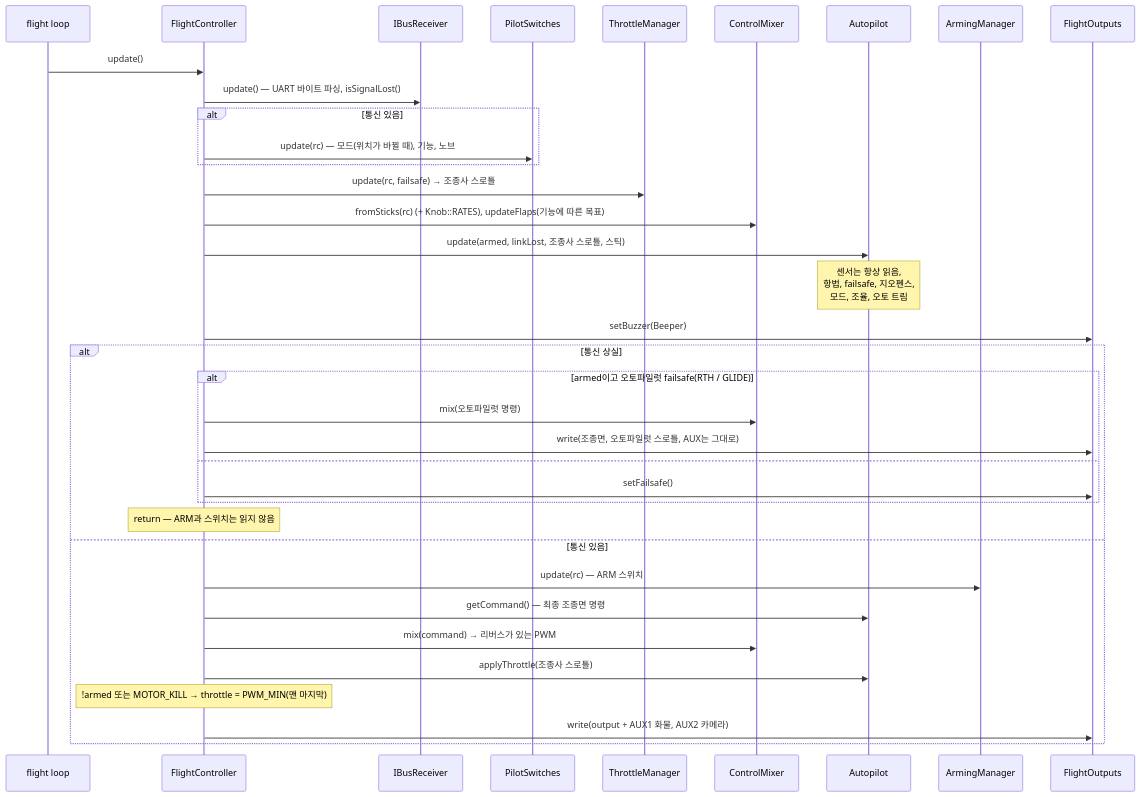
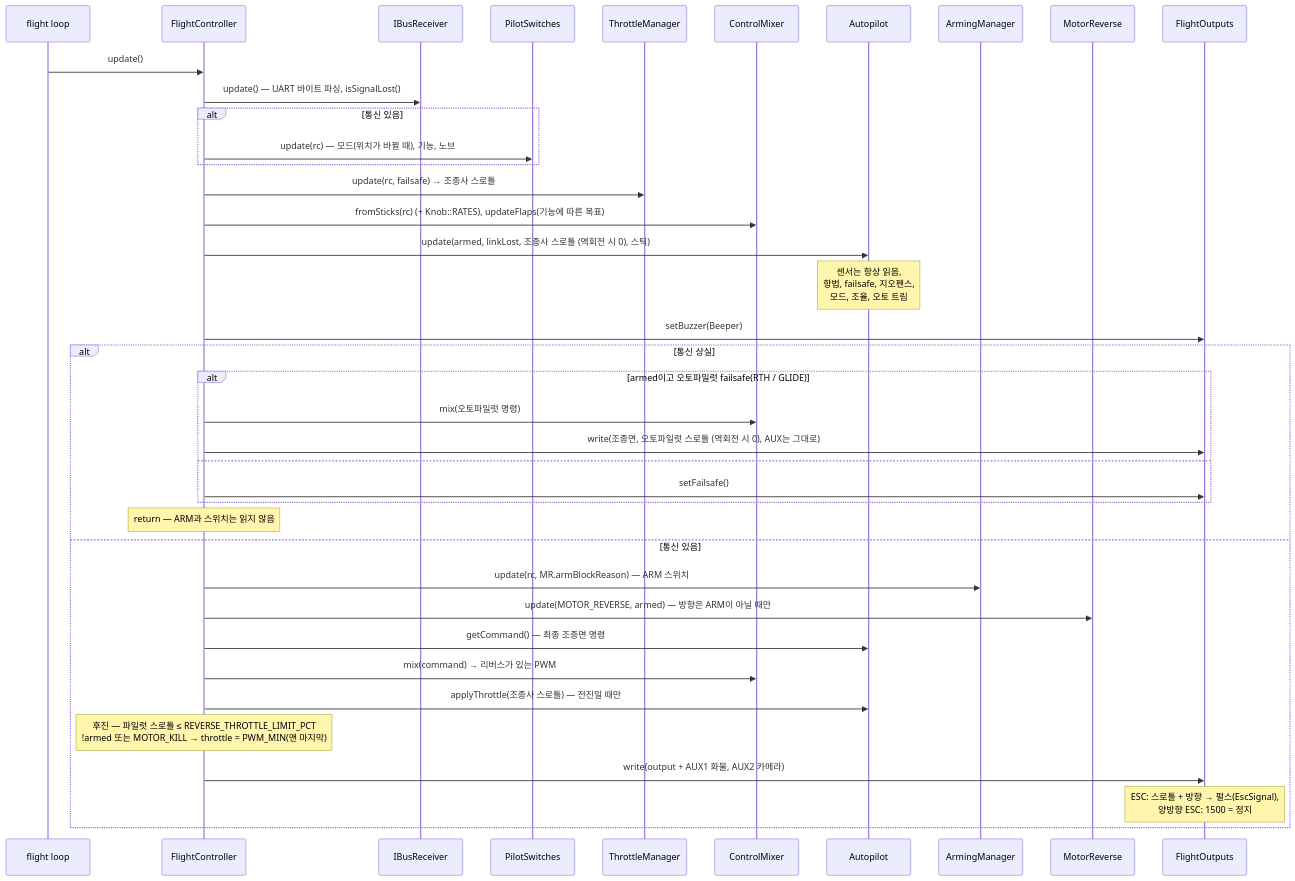
The sixth of 11 diagrams in docs/i18n/ko/ARCHITECTURE.md (damir-lebedev/OpenPlaneProject), drawn with Mermaid before and after one commit. The commit also changed other lines of this file and 166 other files, not shown here.

First line of the commit message:
Make the bidirectional BLHeli 80A ESC the main one, with a disarm-only motor reverse

````diff
--- a/docs/i18n/ko/ARCHITECTURE.md
+++ b/docs/i18n/ko/ARCHITECTURE.md
@@ -355,39 +355,42 @@
 ```mermaid
 sequenceDiagram
     participant L as flight loop
     participant FC as FlightController
     participant RX as IBusReceiver
     participant SW as PilotSwitches
     participant TM as ThrottleManager
     participant MX as ControlMixer
     participant AP as Autopilot
     participant AM as ArmingManager
+    participant MR as MotorReverse
     participant OUT as FlightOutputs
 
     L->>FC: update()
     FC->>RX: update() — UART 바이트 파싱, isSignalLost()
     alt 통신 있음
         FC->>SW: update(rc) — 모드(위치가 바뀔 때), 기능, 노브
     end
     FC->>TM: update(rc, failsafe) → 조종사 스로틀
     FC->>MX: fromSticks(rc) (+ Knob::RATES), updateFlaps(기능에 따른 목표)
-    FC->>AP: update(armed, linkLost, 조종사 스로틀, 스틱)
+    FC->>AP: update(armed, linkLost, 조종사 스로틀 (역회전 시 0), 스틱)
     Note over AP: 센서는 항상 읽음,<br/>항법, failsafe, 지오펜스,<br/>모드, 조율, 오토 트림
     FC->>OUT: setBuzzer(Beeper)
     alt 통신 상실
         alt armed이고 오토파일럿 failsafe(RTH / GLIDE)
             FC->>MX: mix(오토파일럿 명령)
-            FC->>OUT: write(조종면, 오토파일럿 스로틀, AUX는 그대로)
+            FC->>OUT: write(조종면, 오토파일럿 스로틀 (역회전 시 0), AUX는 그대로)
         else
             FC->>OUT: setFailsafe()
         end
         Note over FC: return — ARM과 스위치는 읽지 않음
     else 통신 있음
-        FC->>AM: update(rc) — ARM 스위치
+        FC->>AM: update(rc, MR.armBlockReason) — ARM 스위치
+        FC->>MR: update(MOTOR_REVERSE, armed) — 방향은 ARM이 아닐 때만
         FC->>AP: getCommand() — 최종 조종면 명령
         FC->>MX: mix(command) → 리버스가 있는 PWM
-        FC->>AP: applyThrottle(조종사 스로틀)
-        Note over FC: !armed 또는 MOTOR_KILL → throttle = PWM_MIN(맨 마지막)
+        FC->>AP: applyThrottle(조종사 스로틀) — 전진일 때만
+        Note over FC: 후진 — 파일럿 스로틀 ≤ REVERSE_THROTTLE_LIMIT_PCT<br/>!armed 또는 MOTOR_KILL → throttle = PWM_MIN(맨 마지막)
         FC->>OUT: write(output + AUX1 화물, AUX2 카메라)
+        Note over OUT: ESC: 스로틀 + 방향 → 펄스(EscSignal),<br/>양방향 ESC: 1500 = 정지
     end
 ```
````
